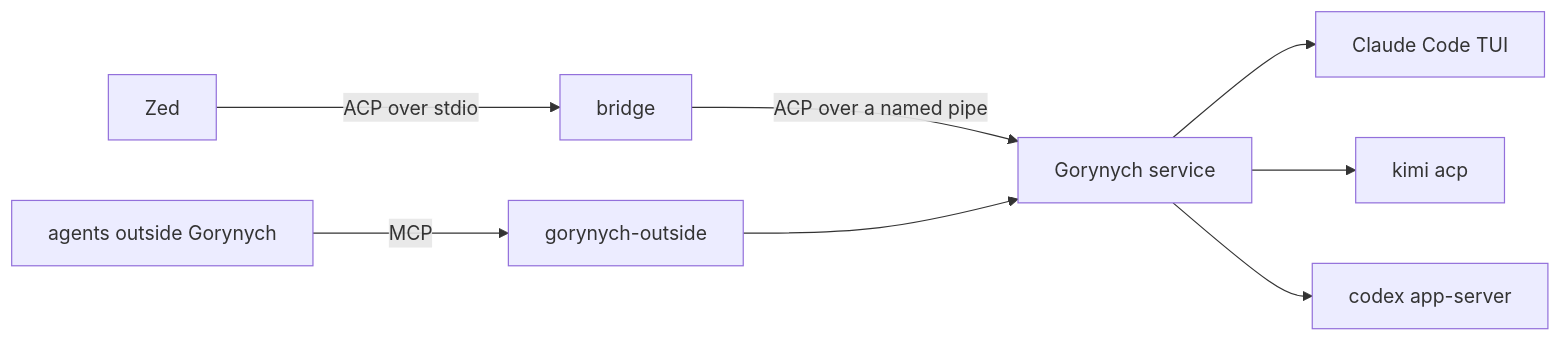
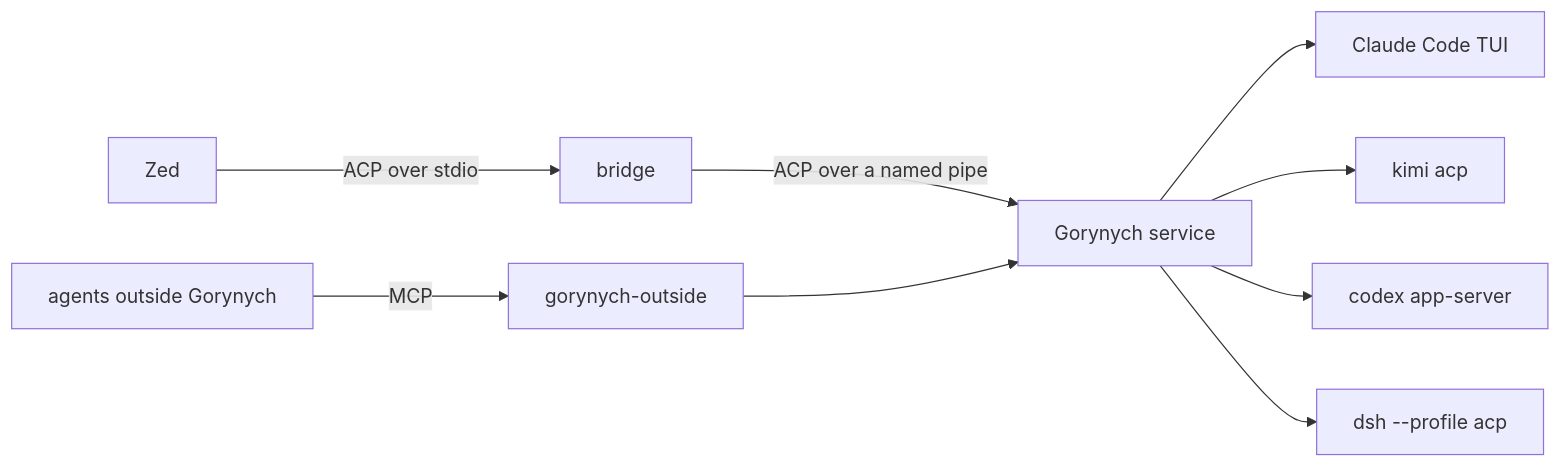
One commit to Phoenix-/gorynych changed the diagram in README.md. Above: the diagram before and after it, drawn with Mermaid. The commit also changed other lines of this file and 25 other files, not shown here.

````diff
--- a/README.md
+++ b/README.md
@@ -28,9 +28,10 @@
 ```mermaid
 flowchart LR
   zed[Zed] -- ACP over stdio --> bridge[bridge]
   bridge -- ACP over a named pipe --> svc[Gorynych service]
   svc --> claude[Claude Code TUI]
   svc --> kimi[kimi acp]
   svc --> codex[codex app-server]
+  svc --> dsh[dsh --profile acp]
   outside[agents outside Gorynych] -- MCP --> shim[gorynych-outside] --> svc
 ```
````
